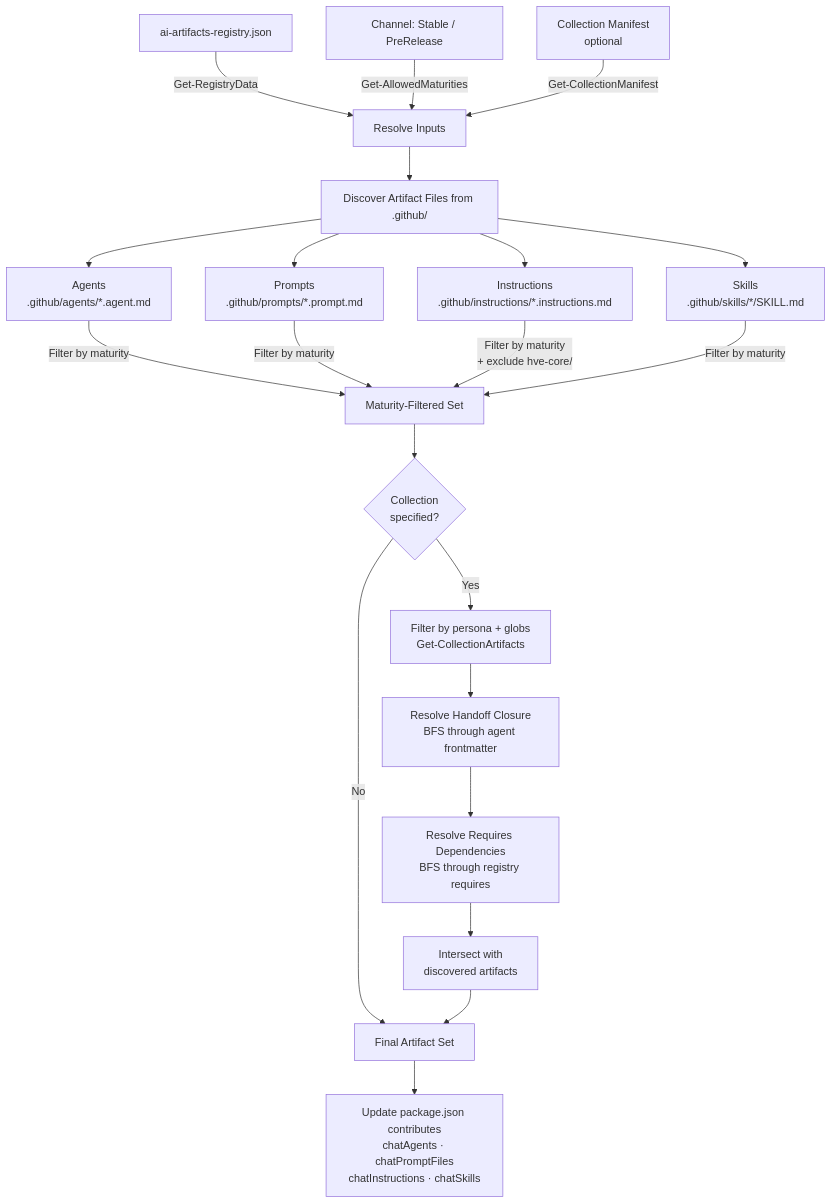
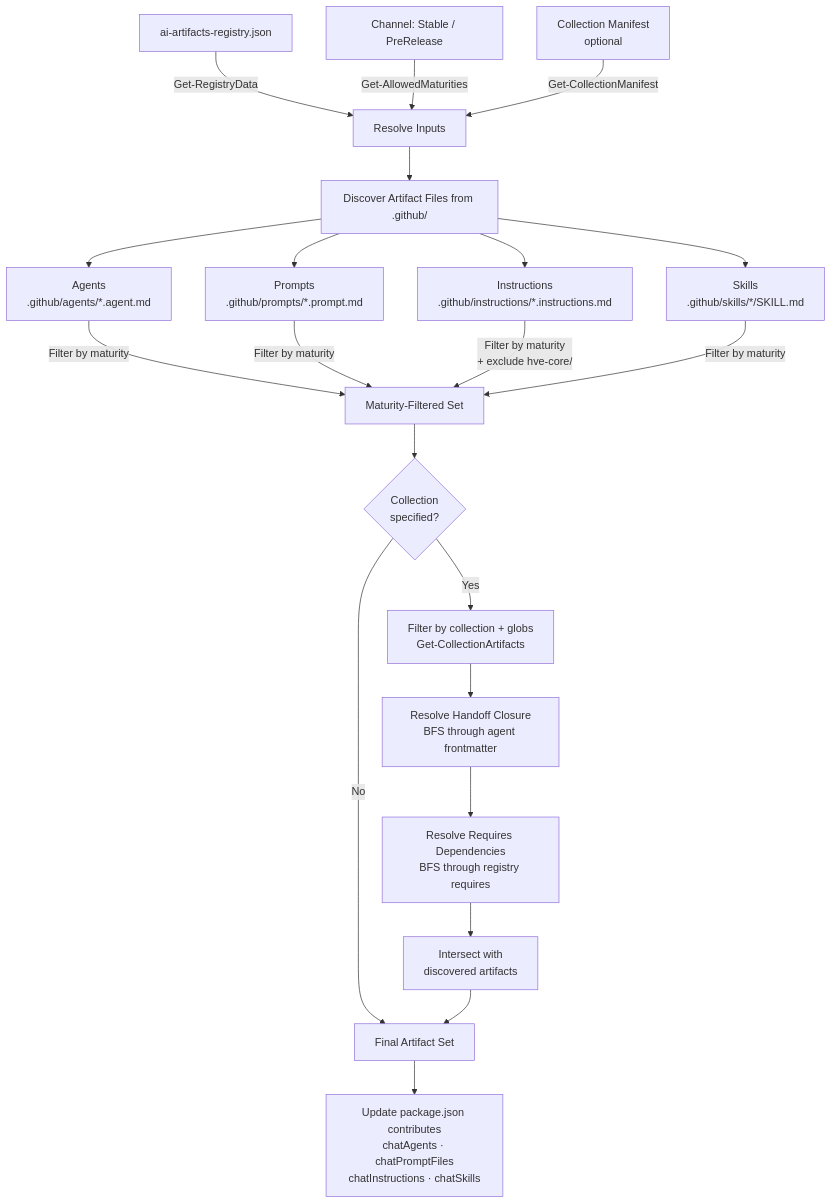
Before and after one commit to microsoft/hve-core: the second of 4 diagrams in extension/PACKAGING.md, drawn with Mermaid. The commit also changed other lines of this file and 16 other files, not shown here.

First line of the commit message:
refactor(scripts): rename persona terminology to collection across codebase

````diff
--- a/extension/PACKAGING.md
+++ b/extension/PACKAGING.md
@@ -89,28 +89,28 @@
 ```mermaid
 flowchart TB
     REG[ai-artifacts-registry.json] -->|Get-RegistryData| INPUTS
     CH[Channel: Stable / PreRelease] -->|Get-AllowedMaturities| INPUTS
     CM["Collection Manifest<br/>optional"] -->|Get-CollectionManifest| INPUTS
 
     INPUTS[Resolve Inputs] --> DISC[Discover Artifact Files from .github/]
 
     DISC --> AG["Agents<br/>.github/agents/*.agent.md"]
     DISC --> PR["Prompts<br/>.github/prompts/*.prompt.md"]
     DISC --> IN["Instructions<br/>.github/instructions/*.instructions.md"]
     DISC --> SK["Skills<br/>.github/skills/*/SKILL.md"]
 
     AG -->|Filter by maturity| FM[Maturity-Filtered Set]
     PR -->|Filter by maturity| FM
     IN -->|"Filter by maturity<br/>+ exclude hve-core/"| FM
     SK -->|Filter by maturity| FM
 
     FM --> CF{"Collection<br/>specified?"}
     CF -->|No| FINAL[Final Artifact Set]
-    CF -->|Yes| PA["Filter by persona + globs<br/>Get-CollectionArtifacts"]
+    CF -->|Yes| PA["Filter by collection + globs<br/>Get-CollectionArtifacts"]
     PA --> HD["Resolve Handoff Closure<br/>BFS through agent frontmatter"]
     HD --> RD["Resolve Requires Dependencies<br/>BFS through registry requires"]
     RD --> INT["Intersect with<br/>discovered artifacts"]
     INT --> FINAL
 
     FINAL --> UPD["Update package.json contributes<br/>chatAgents · chatPromptFiles<br/>chatInstructions · chatSkills"]
 ```
````
